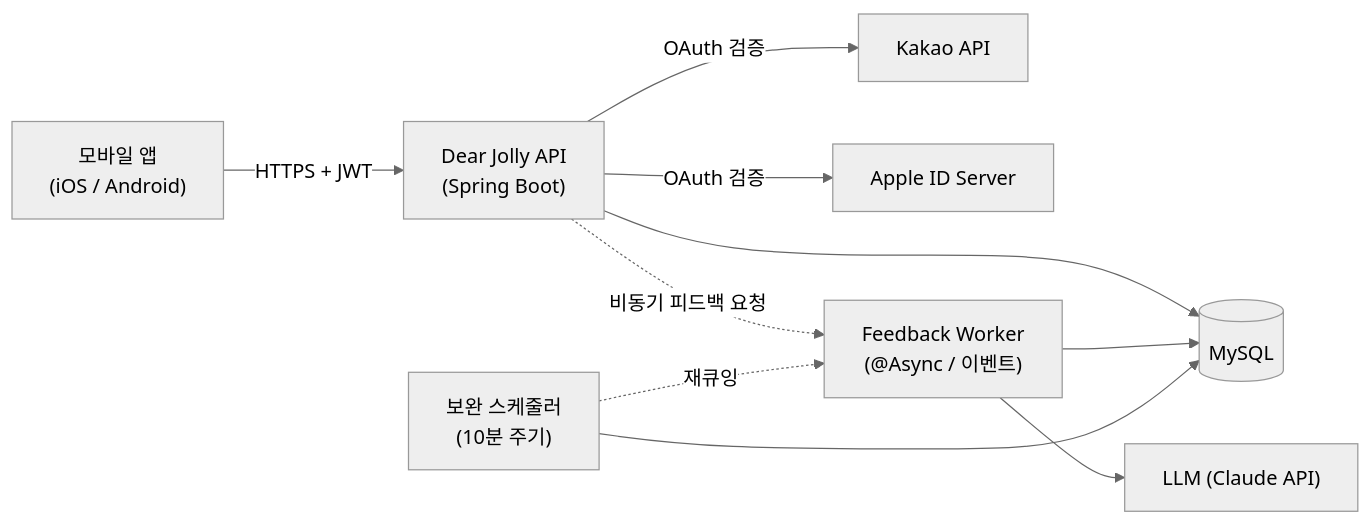
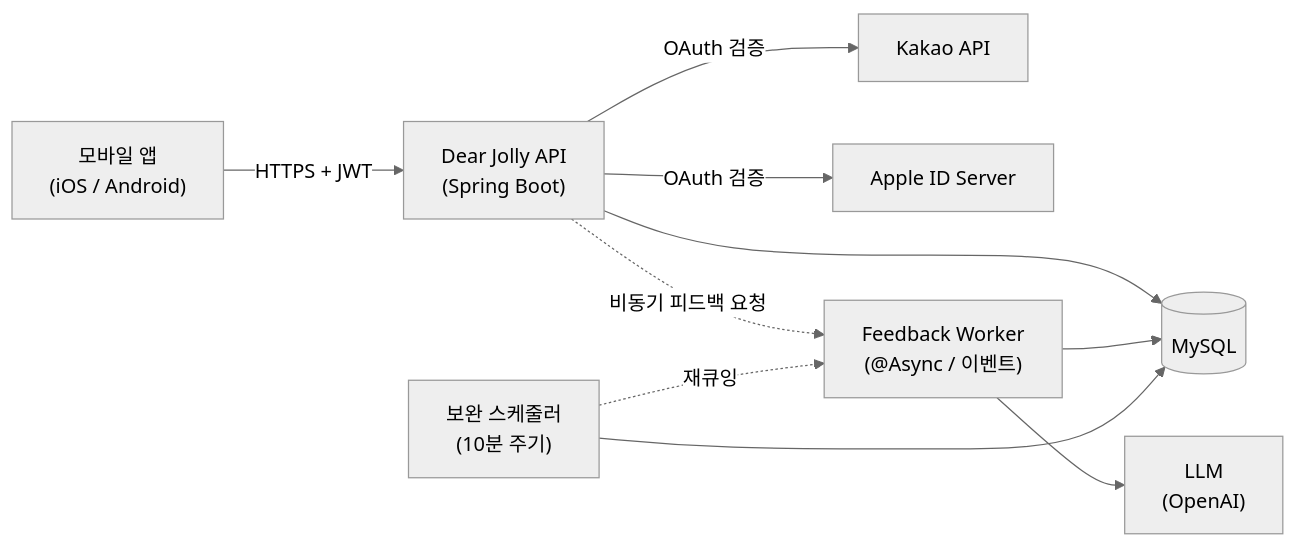
Before and after one commit to Dear-Jolly/Jolly_Server: the first of 4 diagrams in docs/기능명세.md, drawn with Mermaid (neutral theme). The commit also changed other lines of this file and 2 other files, not shown here.

````diff
--- a/docs/기능명세.md
+++ b/docs/기능명세.md
@@ -81,12 +85,12 @@
 ```mermaid
 flowchart LR
     App["모바일 앱<br/>(iOS / Android)"] -->|HTTPS + JWT| API["Dear Jolly API<br/>(Spring Boot)"]
     API --> DB[(MySQL)]
     API -->|OAuth 검증| KAKAO["Kakao API"]
     API -->|OAuth 검증| APPLE["Apple ID Server"]
     API -.->|비동기 피드백 요청| WORKER["Feedback Worker<br/>(@Async / 이벤트)"]
-    WORKER --> LLM["LLM (Claude API)"]
+    WORKER --> LLM["LLM<br/>(OpenAI)"]
     WORKER --> DB
     SCHED["보완 스케줄러<br/>(10분 주기)"] --> DB
     SCHED -.->|재큐잉| WORKER
 ```
````
